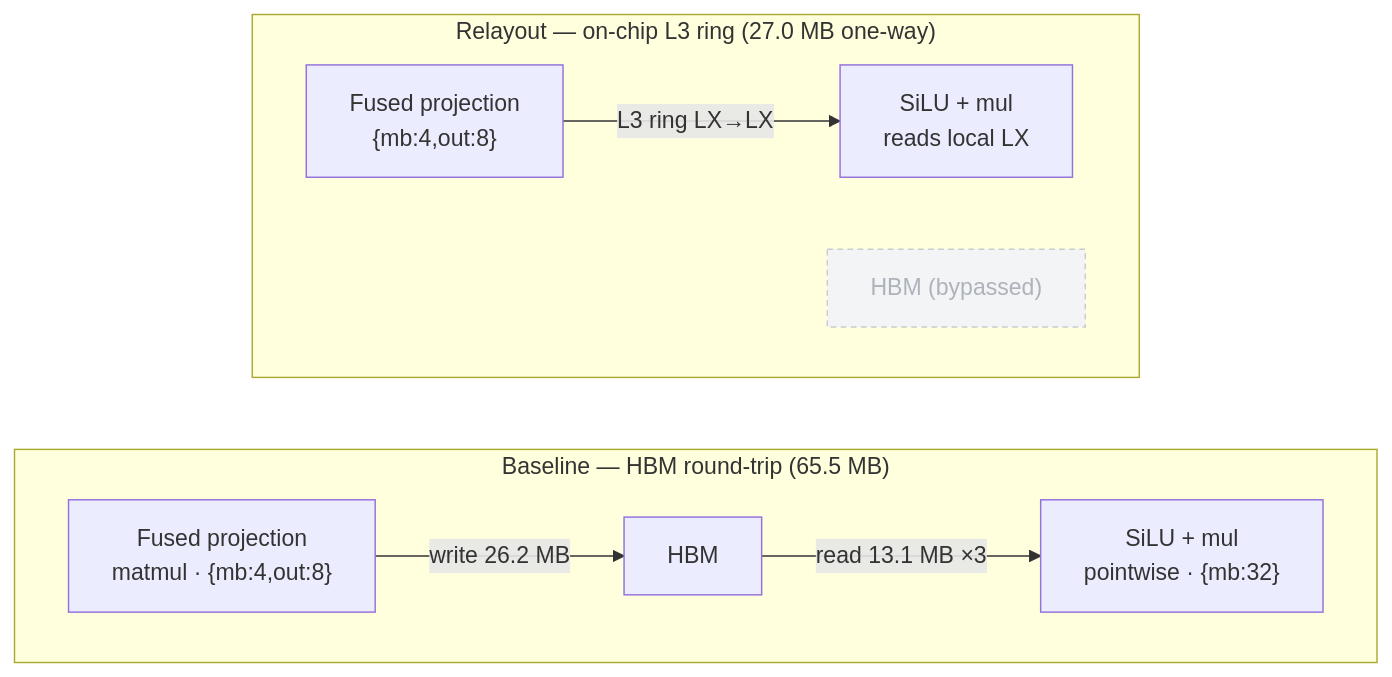
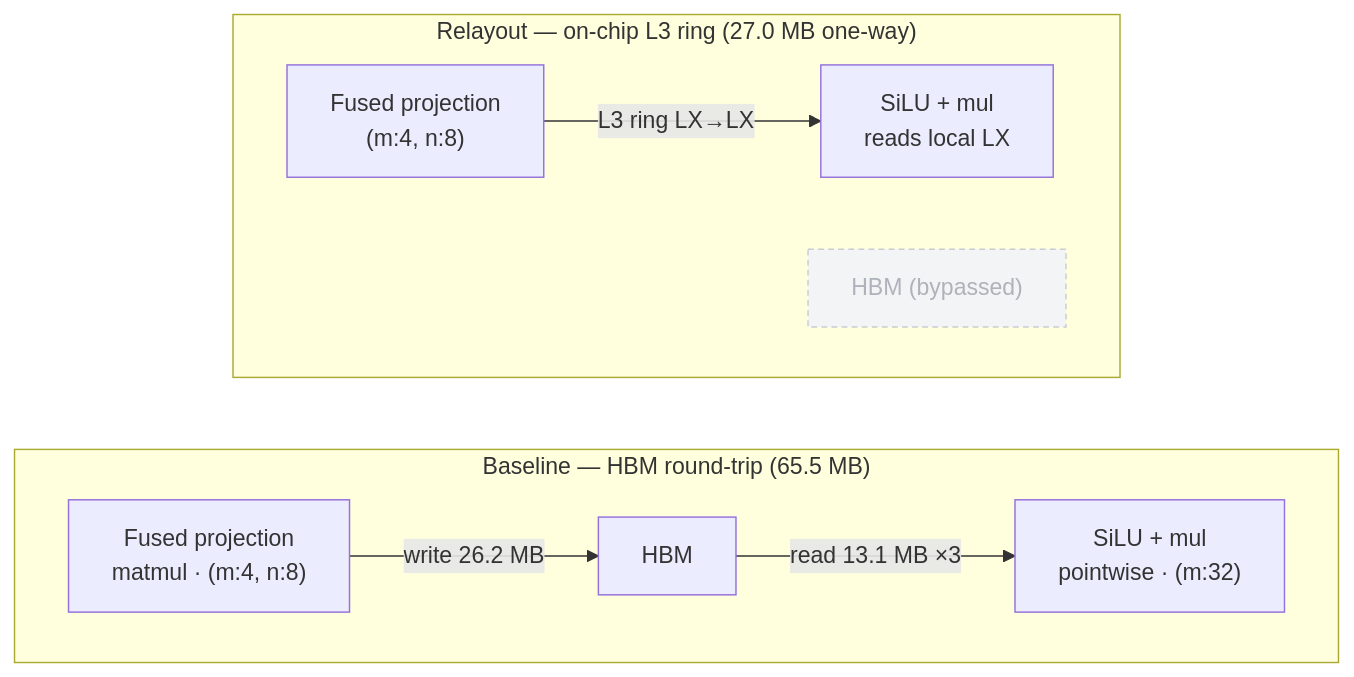
One commit to AdnanHoque/torch-spyre changed the first of 2 diagrams in ab/lx_relayout_stcdp_first_principles.md. Above: the diagram before and after it, drawn with Mermaid. The commit also changed other lines of this file and 1 other file, not shown here.

````diff
--- a/ab/lx_relayout_stcdp_first_principles.md
+++ b/ab/lx_relayout_stcdp_first_principles.md
@@ -47,14 +48,14 @@
 ```mermaid
 flowchart LR
   subgraph B["Baseline — HBM round-trip (65.5 MB)"]
     direction LR
-    MM1["Fused projection<br/>matmul · {mb:4,out:8}"] -->|"write 26.2 MB"| H1["HBM"]
-    H1 -->|"read 13.1 MB ×3"| PW1["SiLU + mul<br/>pointwise · {mb:32}"]
+    MM1["Fused projection<br/>matmul · (m:4, n:8)"] -->|"write 26.2 MB"| H1["HBM"]
+    H1 -->|"read 13.1 MB ×3"| PW1["SiLU + mul<br/>pointwise · (m:32)"]
   end
   subgraph A["Relayout — on-chip L3 ring (27.0 MB one-way)"]
     direction LR
-    MM2["Fused projection<br/>{mb:4,out:8}"] -->|"L3 ring LX→LX"| PW2["SiLU + mul<br/>reads local LX"]
+    MM2["Fused projection<br/>(m:4, n:8)"] -->|"L3 ring LX→LX"| PW2["SiLU + mul<br/>reads local LX"]
     H2["HBM (bypassed)"]:::ghost
   end
   classDef ghost fill:#f3f4f6,stroke:#c9ccd2,color:#aeb2ba,stroke-dasharray:4 3;
 ```
````
